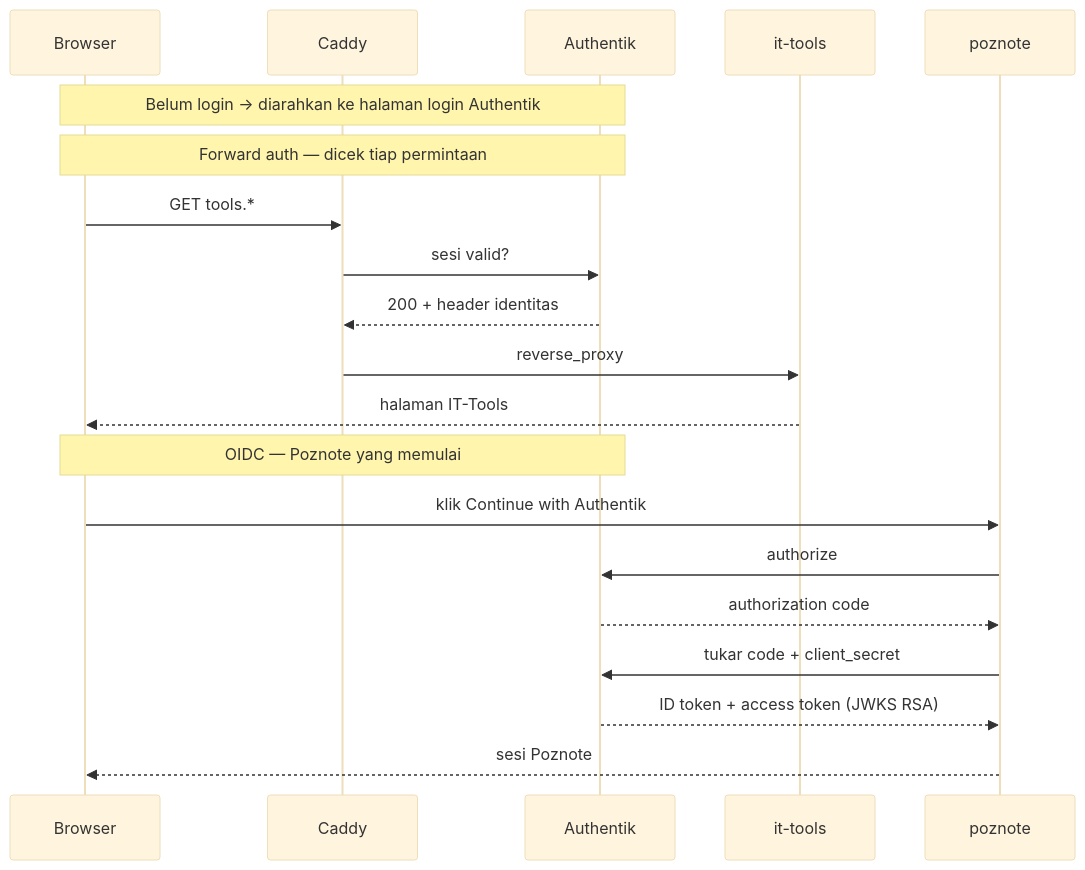
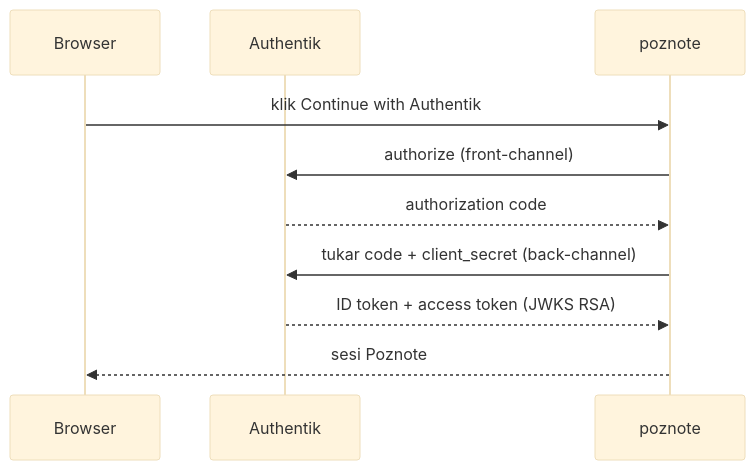
Before and after one commit to nandazahran/authentik: the third of 3 diagrams in README.md, drawn with Mermaid (base theme). The commit also changed other lines of this file, not shown here.

Commit message:
diagram 2 update 2

````diff
--- a/README.md
+++ b/README.md
@@ -84,28 +105,16 @@
 ```mermaid
 sequenceDiagram
-    accTitle: Alur forward auth dan OIDC
-    accDescr: Forward auth memeriksa sesi ke Authentik pada setiap permintaan ke IT-Tools. OIDC membuat Poznote memulai permintaan authorize sekali, menukar authorization code menjadi ID token, lalu membuat sesinya sendiri.
+    accTitle: Alur OIDC
+    accDescr: Poznote mengirim browser ke Authentik, menerima authorization code, menukarnya di back-channel dengan client_secret, lalu mendapat ID token dan access token yang ditandatangani JWKS RSA.
 
     participant B as Browser
-    participant C as Caddy
     participant A as Authentik
-    participant T as it-tools
     participant P as poznote
 
-    Note over B,A: Belum login → diarahkan ke halaman login Authentik
-
-    Note over B,A: Forward auth — dicek tiap permintaan
-    B->>C: GET tools.*
-    C->>A: sesi valid?
-    A-->>C: 200 + header identitas
-    C->>T: reverse_proxy
-    T-->>B: halaman IT-Tools
-
-    Note over B,A: OIDC — Poznote yang memulai
     B->>P: klik Continue with Authentik
-    P->>A: authorize
+    P->>A: authorize (front-channel)
     A-->>P: authorization code
-    P->>A: tukar code + client_secret
+    P->>A: tukar code + client_secret (back-channel)
     A-->>P: ID token + access token (JWKS RSA)
     P-->>B: sesi Poznote
 ```
````
